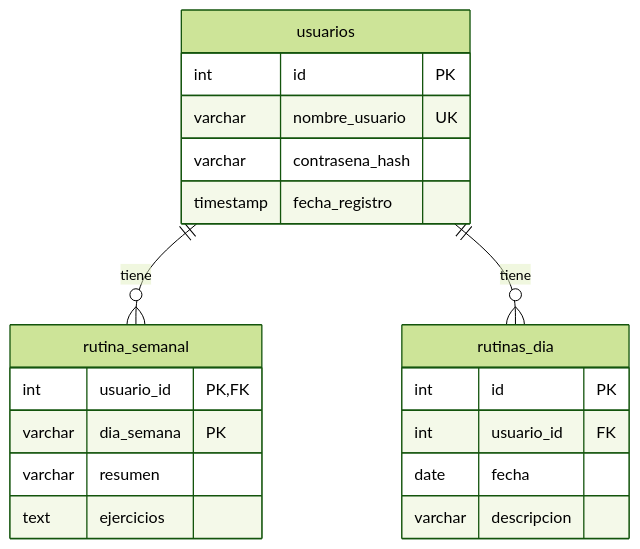
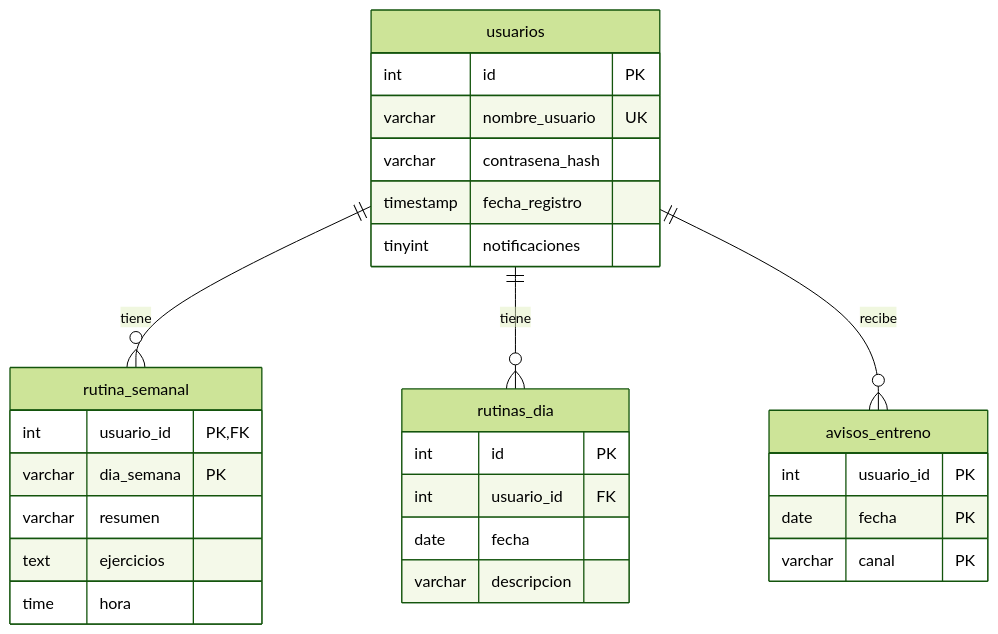
The second of 2 diagrams in docs/infraestructura.md (RodillaOff/proyecto_JBDPA_grupo_3), drawn with Mermaid (forest theme) before and after one commit. The commit also changed other lines of this file and 2 other files, not shown here.

````diff
--- a/docs/infraestructura.md
+++ b/docs/infraestructura.md
@@ -36,26 +57,35 @@
 ```mermaid
 erDiagram
     usuarios ||--o{ rutina_semanal : "tiene"
     usuarios ||--o{ rutinas_dia : "tiene"
+    usuarios ||--o{ avisos_entreno : "recibe"
 
     usuarios {
         int id PK
         varchar nombre_usuario UK
         varchar contrasena_hash
         timestamp fecha_registro
+        tinyint notificaciones
     }
 
     rutina_semanal {
         int usuario_id PK, FK
         varchar dia_semana PK
         varchar resumen
         text ejercicios
+        time hora
     }
 
     rutinas_dia {
         int id PK
         int usuario_id FK
         date fecha
         varchar descripcion
     }
+
+    avisos_entreno {
+        int usuario_id PK
+        date fecha PK
+        varchar canal PK
+    }
 ```
````
